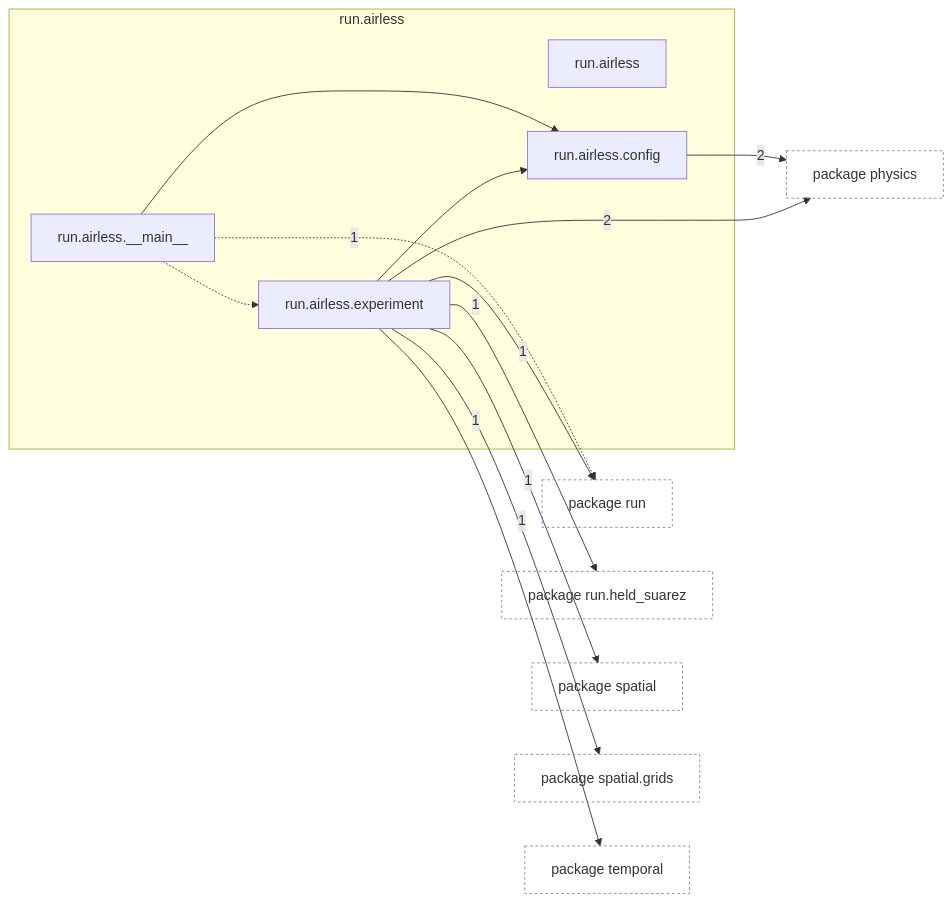
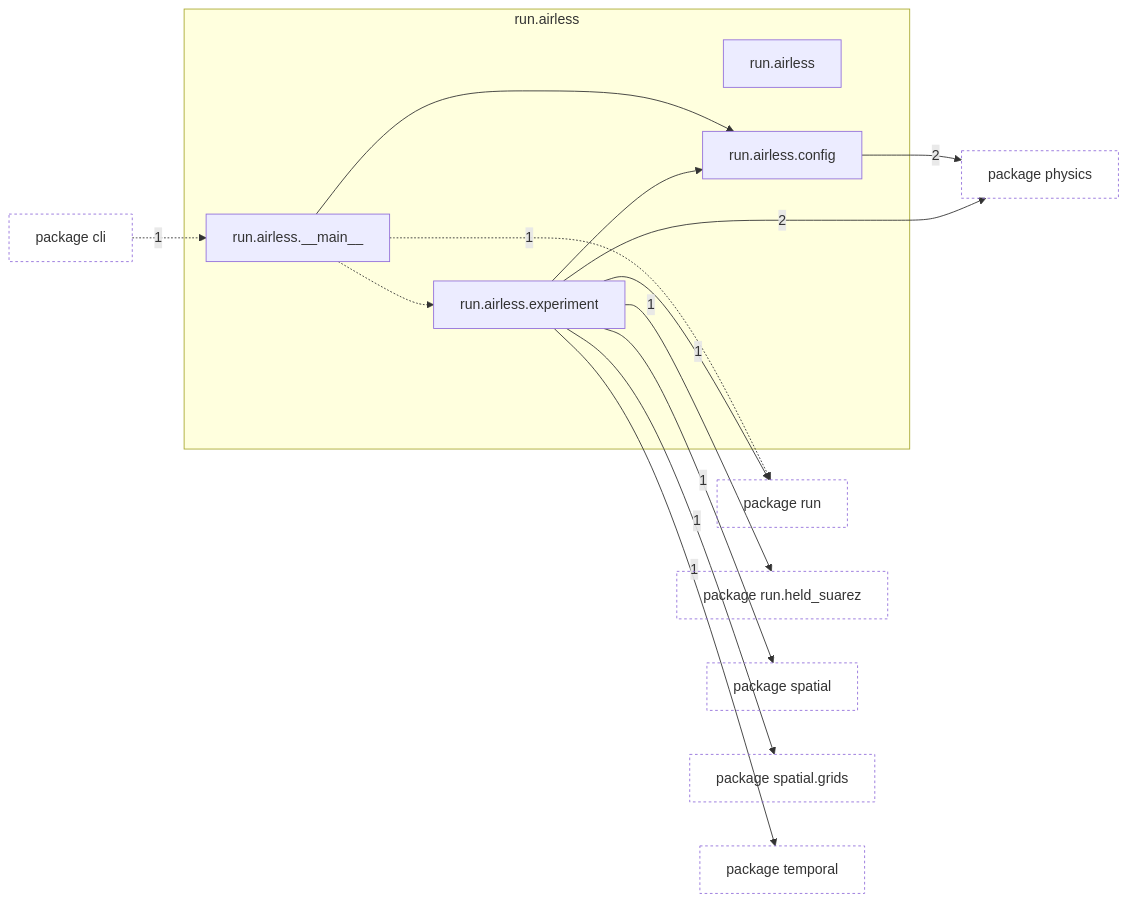
Before and after one commit to AlexandreEros/Palintropos: the first of 2 diagrams in docs/architecture/current/packages/tropoi.run.airless.md, drawn with Mermaid. The commit also changed other lines of this file and 25 other files, not shown here.

First line of the commit message:
Refresh architecture snapshot for Viewer 3

````diff
--- a/docs/architecture/current/packages/tropoi.run.airless.md
+++ b/docs/architecture/current/packages/tropoi.run.airless.md
@@ -20,35 +20,38 @@
 ```mermaid
 %% Generated by tools.architecture 2.3.0. Do not edit by hand.
 %% Modules of tropoi.run.airless with imports in and out
 flowchart LR
     subgraph g_tropoi_orun_oairless["run.airless"]
         n_tropoi_orun_oairless["run.airless"]
         n_tropoi_orun_oairless_o____main____["run.airless.#95;#95;main#95;#95;"]
         n_tropoi_orun_oairless_oconfig["run.airless.config"]
         n_tropoi_orun_oairless_oexperiment["run.airless.experiment"]
     end
+    p_tropoi_ocli["package cli"]
     p_tropoi_ophysics["package physics"]
     p_tropoi_orun["package run"]
     p_tropoi_orun_oheld__suarez["package run.held#95;suarez"]
     p_tropoi_ospatial["package spatial"]
     p_tropoi_ospatial_ogrids["package spatial.grids"]
     p_tropoi_otemporal["package temporal"]
     n_tropoi_orun_oairless_o____main____ --> n_tropoi_orun_oairless_oconfig
     n_tropoi_orun_oairless_o____main____ -.-> n_tropoi_orun_oairless_oexperiment
     n_tropoi_orun_oairless_oexperiment --> n_tropoi_orun_oairless_oconfig
+    p_tropoi_ocli -.->|1| n_tropoi_orun_oairless_o____main____
     n_tropoi_orun_oairless_o____main____ -.->|1| p_tropoi_orun
     n_tropoi_orun_oairless_oconfig -->|2| p_tropoi_ophysics
     n_tropoi_orun_oairless_oexperiment -->|2| p_tropoi_ophysics
     n_tropoi_orun_oairless_oexperiment -->|1| p_tropoi_orun
     n_tropoi_orun_oairless_oexperiment -->|1| p_tropoi_orun_oheld__suarez
     n_tropoi_orun_oairless_oexperiment -->|1| p_tropoi_ospatial
     n_tropoi_orun_oairless_oexperiment -->|1| p_tropoi_ospatial_ogrids
     n_tropoi_orun_oairless_oexperiment -->|1| p_tropoi_otemporal
     classDef other fill:none,stroke-dasharray:3 3
+    class p_tropoi_ocli other
     class p_tropoi_ophysics other
     class p_tropoi_orun other
     class p_tropoi_orun_oheld__suarez other
     class p_tropoi_ospatial other
     class p_tropoi_ospatial_ogrids other
     class p_tropoi_otemporal other
 ```
````
